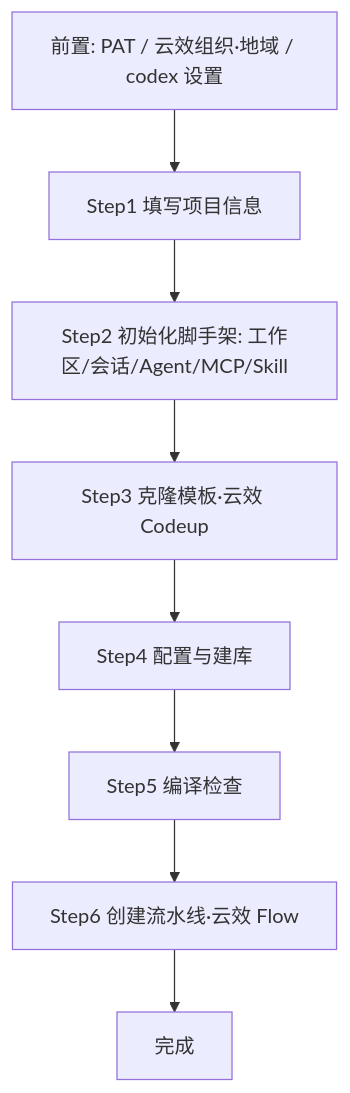
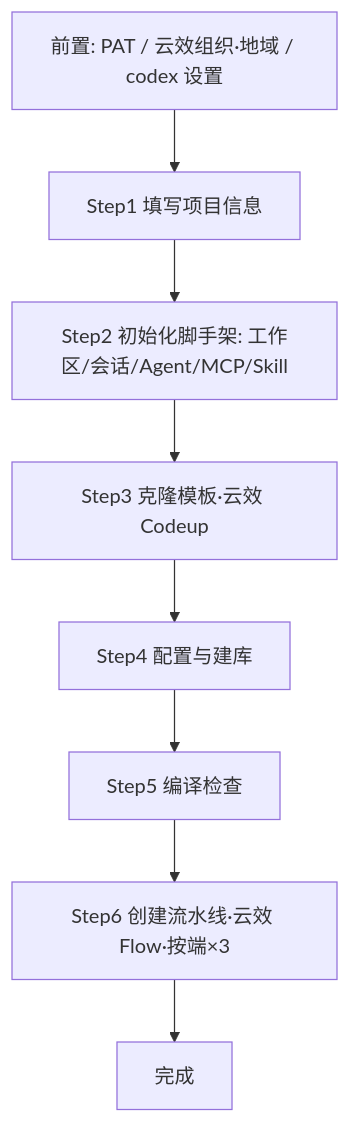
The fourth of 5 diagrams in docs/PRD-插件体系与新建项目插件.md (yswenli/luban-agent), drawn with Mermaid before and after one commit. The commit also changed other lines of this file, not shown here.

First line of the commit message:
docs: PRD v0.10 Step6 流水线改为每端一条·克隆 TJCES 参考并替换

````diff
--- a/docs/PRD-插件体系与新建项目插件.md
+++ b/docs/PRD-插件体系与新建项目插件.md
@@ -523,10 +532,10 @@
 ```mermaid
 flowchart TD
     P[前置: PAT / 云效组织·地域 / codex 设置] --> A[Step1 填写项目信息]
     A --> B[Step2 初始化脚手架: 工作区/会话/Agent/MCP/Skill]
     B --> C[Step3 克隆模板·云效 Codeup]
     C --> D[Step4 配置与建库]
     D --> E[Step5 编译检查]
-    E --> F[Step6 创建流水线·云效 Flow]
+    E --> F[Step6 创建流水线·云效 Flow·按端×3]
     F --> G[完成]
 ```
````
